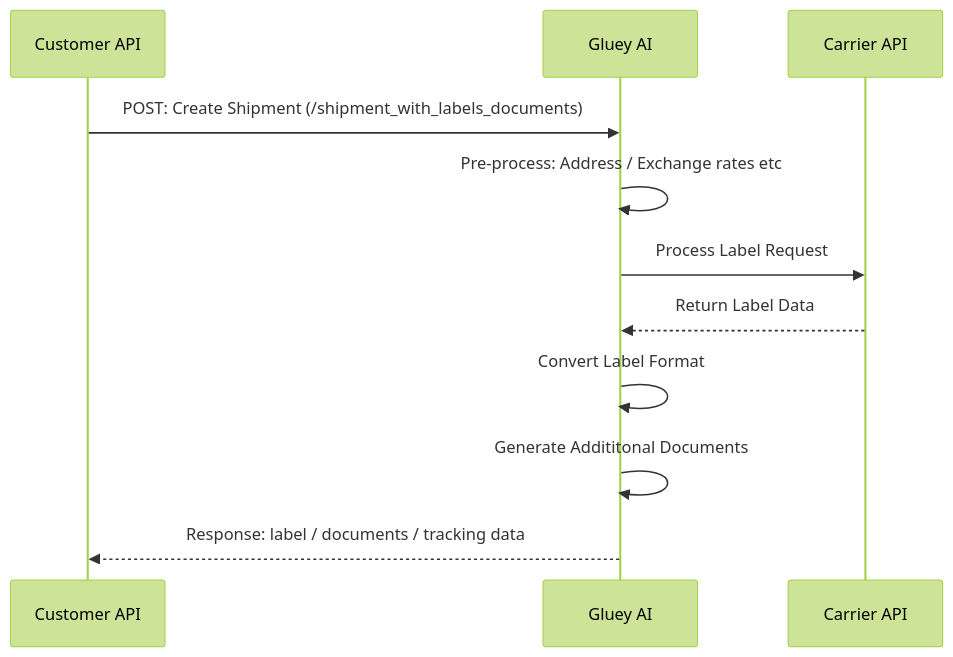
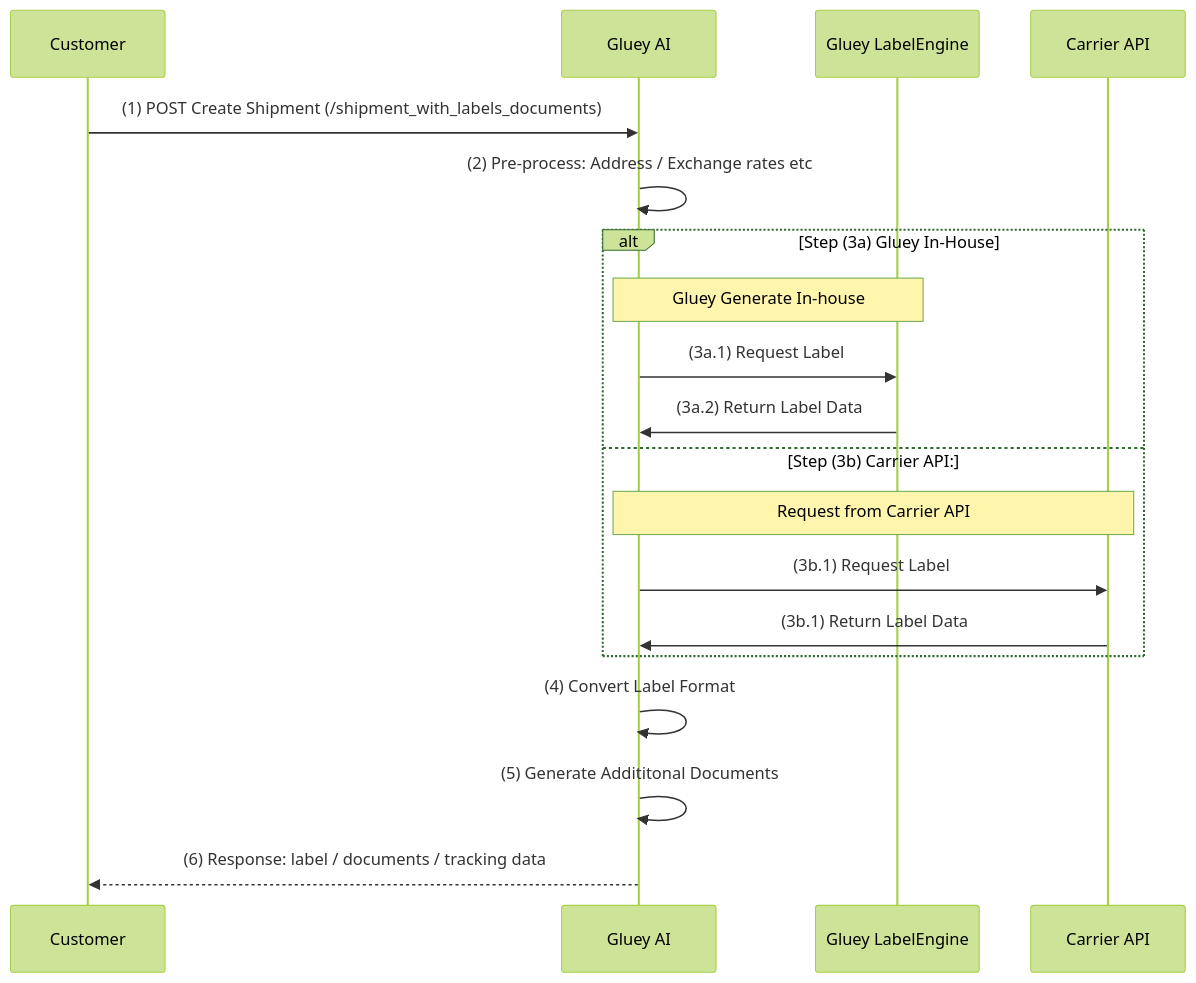
One commit to Gluey-AI/gluey-api-docs changed the diagram in app/api/v1/templates/markdown/sync_labels.md. Above: the diagram before and after it, drawn with Mermaid (forest theme). The commit also changed other lines of this file and 48 other files, not shown here.

Commit message:
feat(webhooks): adding label and tracking webhooks

```diff
--- a/app/api/v1/templates/markdown/sync_labels.md
+++ b/app/api/v1/templates/markdown/sync_labels.md
@@ -11,14 +26,22 @@
 ~~~mermaid
 sequenceDiagram
-    participant Customer API
+    participant Customer
     participant Gluey AI
+    participant Gluey LabelEngine
     participant Carrier API
 
-    Customer API->>Gluey AI: POST: Create Shipment (/shipment_with_labels_documents)
-    Gluey AI->>Gluey AI: Pre-process: Address / Exchange rates etc
-    Gluey AI->>Carrier API: Process Label Request
-    Carrier API-->>Gluey AI: Return Label Data
-    Gluey AI->>Gluey AI: Convert Label Format
-    Gluey AI->>Gluey AI: Generate Addititonal Documents
-    Gluey AI-->>Customer API: Response: label / documents / tracking data
+    Customer->>Gluey AI: (1) POST Create Shipment (/shipment_with_labels_documents)
+    Gluey AI->>Gluey AI: (2) Pre-process: Address / Exchange rates etc
+    alt Step (3a) Gluey In-House
+        Note over Gluey AI, Gluey LabelEngine: Gluey Generate In-house
+        Gluey AI->>Gluey LabelEngine: (3a.1) Request Label 
+        Gluey LabelEngine->>Gluey AI: (3a.2) Return Label Data
+    else Step (3b) Carrier API:
+        Note over Gluey AI, Carrier API: Request from Carrier API
+        Gluey AI->>Carrier API: (3b.1) Request Label
+        Carrier API->>Gluey AI: (3b.1) Return Label Data
+    end
+    Gluey AI->>Gluey AI: (4) Convert Label Format
+    Gluey AI->>Gluey AI: (5) Generate Addititonal Documents
+    Gluey AI-->>Customer: (6) Response: label / documents / tracking data
 ~~~
```
